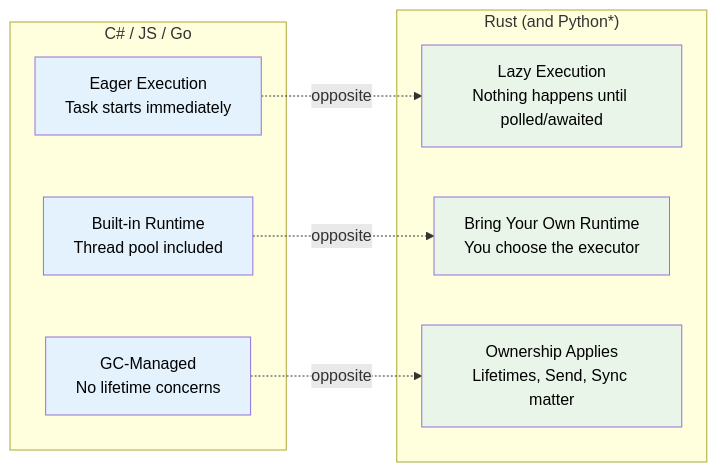
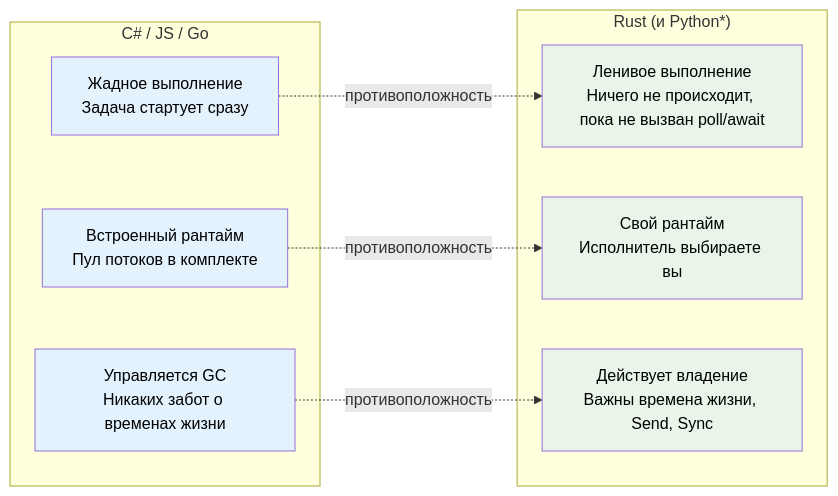
The first of 2 diagrams in async-book/src/ch01-why-async-is-different-in-rust.md (r007/RustTraining-Rus), drawn with Mermaid before and after one commit. The commit also changed other lines of this file and 10 other files, not shown here.

````diff
--- a/async-book/src/ch01-why-async-is-different-in-rust.md
+++ b/async-book/src/ch01-why-async-is-different-in-rust.md
@@ -19,25 +19,25 @@
 ```mermaid
 graph LR
     subgraph "C# / JS / Go"
-        EAGER["Eager Execution<br/>Task starts immediately"]
-        BUILTIN["Built-in Runtime<br/>Thread pool included"]
-        GC["GC-Managed<br/>No lifetime concerns"]
+        EAGER["Жадное выполнение<br/>Задача стартует сразу"]
+        BUILTIN["Встроенный рантайм<br/>Пул потоков в комплекте"]
+        GC["Управляется GC<br/>Никаких забот о временах жизни"]
     end
 
-    subgraph "Rust (and Python*)"
-        LAZY["Lazy Execution<br/>Nothing happens until polled/awaited"]
-        BYOB["Bring Your Own Runtime<br/>You choose the executor"]
-        OWNED["Ownership Applies<br/>Lifetimes, Send, Sync matter"]
+    subgraph "Rust (и Python*)"
+        LAZY["Ленивое выполнение<br/>Ничего не происходит, пока не вызван poll/await"]
+        BYOB["Свой рантайм<br/>Исполнитель выбираете вы"]
+        OWNED["Действует владение<br/>Важны времена жизни, Send, Sync"]
     end
 
-    EAGER -. "opposite" .-> LAZY
-    BUILTIN -. "opposite" .-> BYOB
-    GC -. "opposite" .-> OWNED
+    EAGER -. "противоположность" .-> LAZY
+    BUILTIN -. "противоположность" .-> BYOB
+    GC -. "противоположность" .-> OWNED
 
     style LAZY fill:#e8f5e8,color:#000
     style BYOB fill:#e8f5e8,color:#000
     style OWNED fill:#e8f5e8,color:#000
     style EAGER fill:#e3f2fd,color:#000
     style BUILTIN fill:#e3f2fd,color:#000
     style GC fill:#e3f2fd,color:#000
 ```
````
